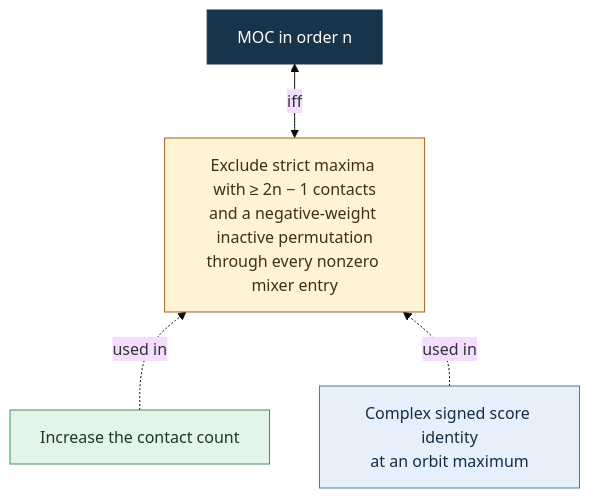
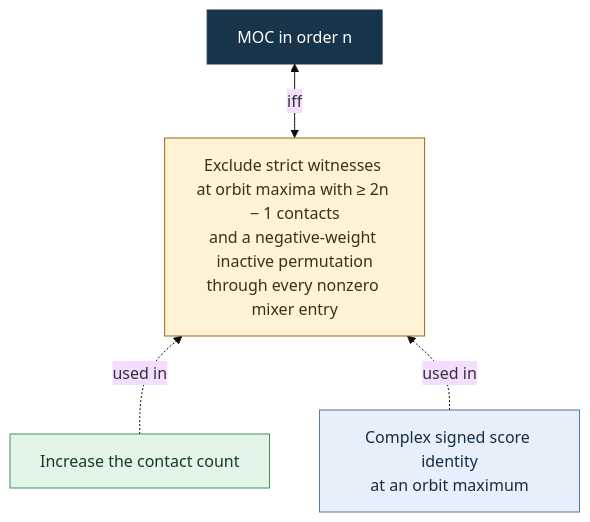
Before and after one commit to ascendnoosphere/MOC: the fourth of 4 diagrams in Docs/contact-transfer-proof-map.md, drawn with Mermaid (base theme). The commit also changed other lines of this file and 148 other files, not shown here.

````diff
--- a/Docs/contact-transfer-proof-map.md
+++ b/Docs/contact-transfer-proof-map.md
@@ -159,14 +163,14 @@
 ```mermaid
 flowchart BT
     Goal["MOC in order n"]:::goal
-    Terminal["Exclude strict maxima with ≥ 2n − 1 contacts<br/>and a negative-weight inactive permutation<br/>through every nonzero mixer entry"]:::open
+    Terminal["Exclude strict witnesses at orbit maxima with ≥ 2n − 1 contacts<br/>and a negative-weight inactive permutation<br/>through every nonzero mixer entry"]:::open
     Transfer["Increase the contact count"]:::proved
     Pivot["Complex signed score identity<br/>at an orbit maximum"]:::source
     Terminal <-->|iff| Goal
     Transfer -. used in .-> Terminal
     Pivot -. used in .-> Terminal
     classDef goal fill:#18344b,stroke:#18344b,color:#fff
     classDef open fill:#fff3d6,stroke:#9a6516,color:#432e0f
     classDef proved fill:#e3f4e8,stroke:#41905b,color:#163c24
     classDef source fill:#e7f0fa,stroke:#52779d,color:#142e47
 ```
````
